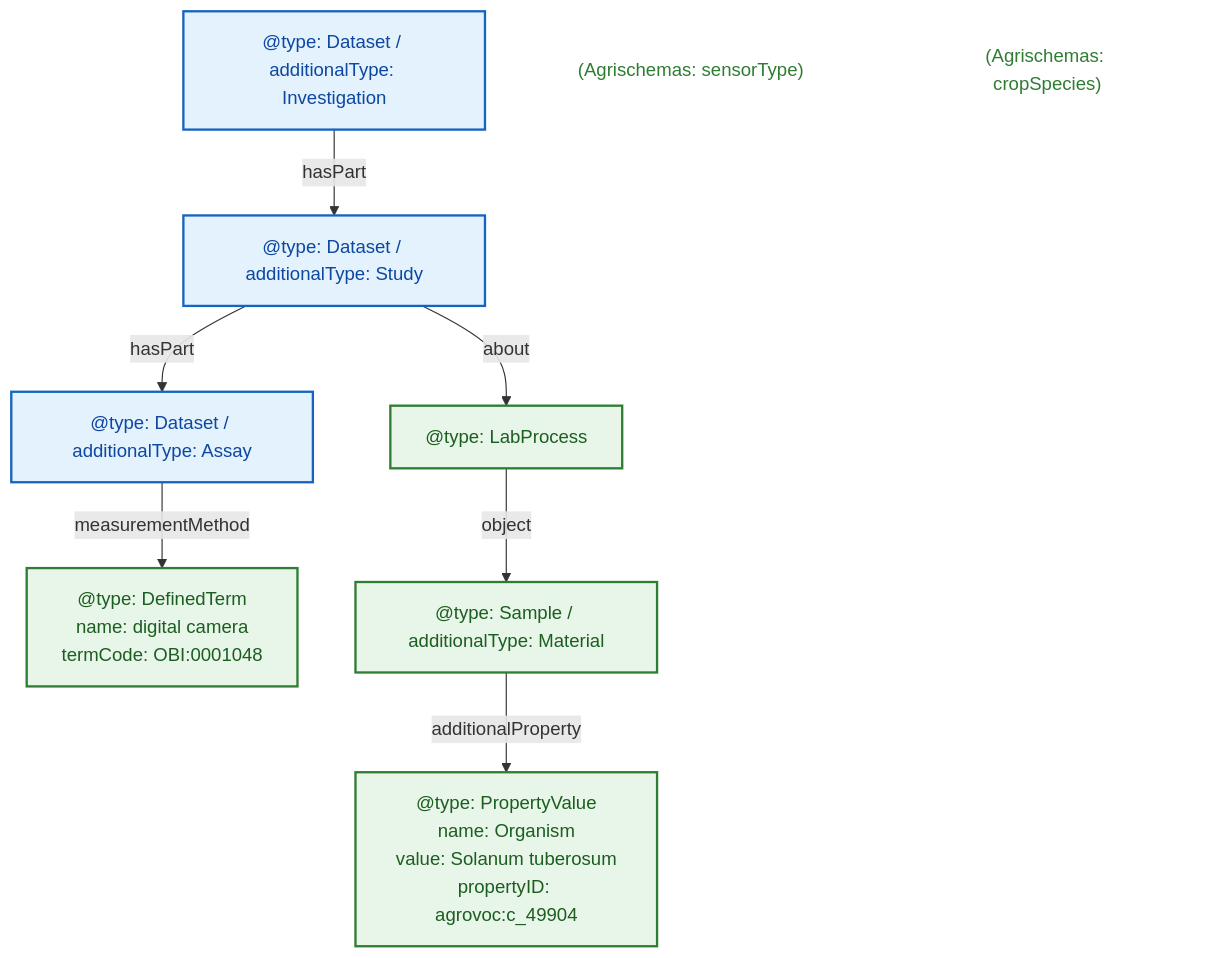
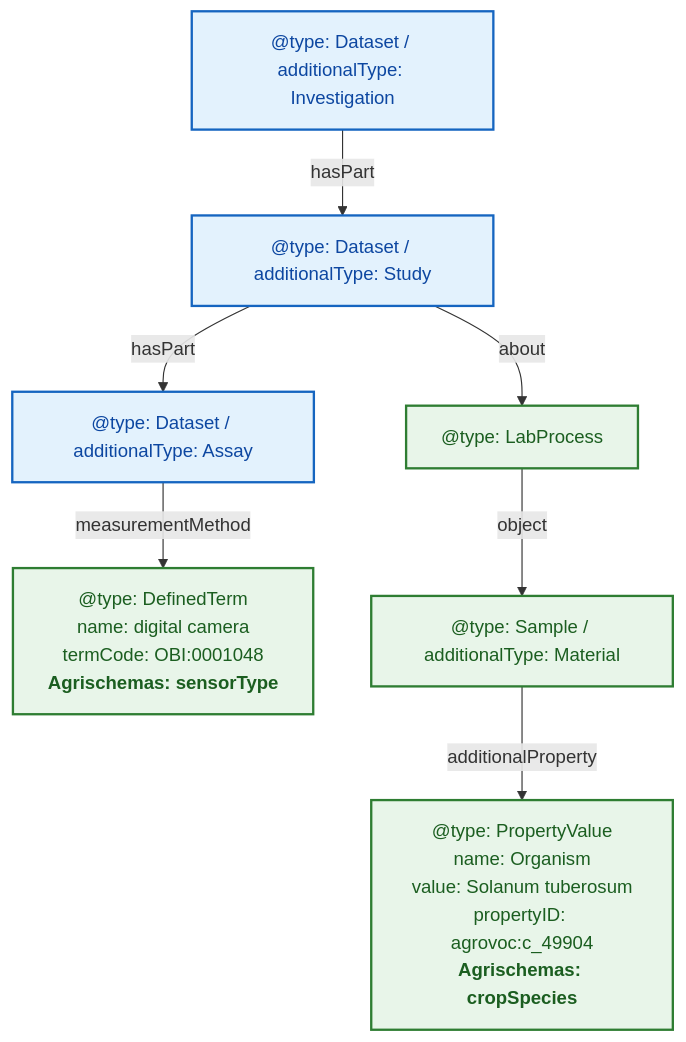
One commit to jorgitogb/fairweaver changed the second of 4 diagrams in docs/slides/fairst-workflow-slides.md. Above: the diagram before and after it, drawn with Mermaid. The commit also changed other lines of this file and 12 other files, not shown here.

Commit message:
fix(docs): enhance clarity in ARC structure slides by adding Agrischemas labels and improving formatting

````diff
--- a/docs/slides/fairst-workflow-slides.md
+++ b/docs/slides/fairst-workflow-slides.md
@@ -78,24 +79,20 @@
 ```mermaid
 flowchart TD
     I["@type: Dataset / additionalType: Investigation"]
     S["@type: Dataset / additionalType: Study"]
     A["@type: Dataset / additionalType: Assay"]
     I -->|"hasPart"| S
     S -->|"hasPart"| A
 
-    A -->|"measurementMethod"| DT["@type: DefinedTerm<br/>name: digital camera<br/>termCode: OBI:0001048"]
-    label1["(Agrischemas: sensorType)"]
+    A -->|"measurementMethod"| DT["@type: DefinedTerm<br/>name: digital camera<br/>termCode: OBI:0001048<br/><b>Agrischemas: sensorType</b>"]
 
     S -->|"about"| LP["@type: LabProcess"]
     LP -->|"object"| SM["@type: Sample / additionalType: Material"]
-    SM -->|"additionalProperty"| PV["@type: PropertyValue<br/>name: Organism<br/>value: Solanum tuberosum<br/>propertyID: agrovoc:c_49904"]
-    label2["(Agrischemas: cropSpecies)"]
+    SM -->|"additionalProperty"| PV["@type: PropertyValue<br/>name: Organism<br/>value: Solanum tuberosum<br/>propertyID: agrovoc:c_49904<br/><b>Agrischemas: cropSpecies</b>"]
 
     classDef isa fill:#e3f2fd,stroke:#1565c0,stroke-width:2px,color:#0d47a1
     classDef leaf fill:#e8f5e9,stroke:#2e7d32,stroke-width:2px,color:#1b5e20
-    classDef labelbox fill:none,stroke:none,color:#2e7d32
 
     class I,S,A isa
     class DT,LP,SM,PV leaf
-    class label1,label2 labelbox
 ```
````
